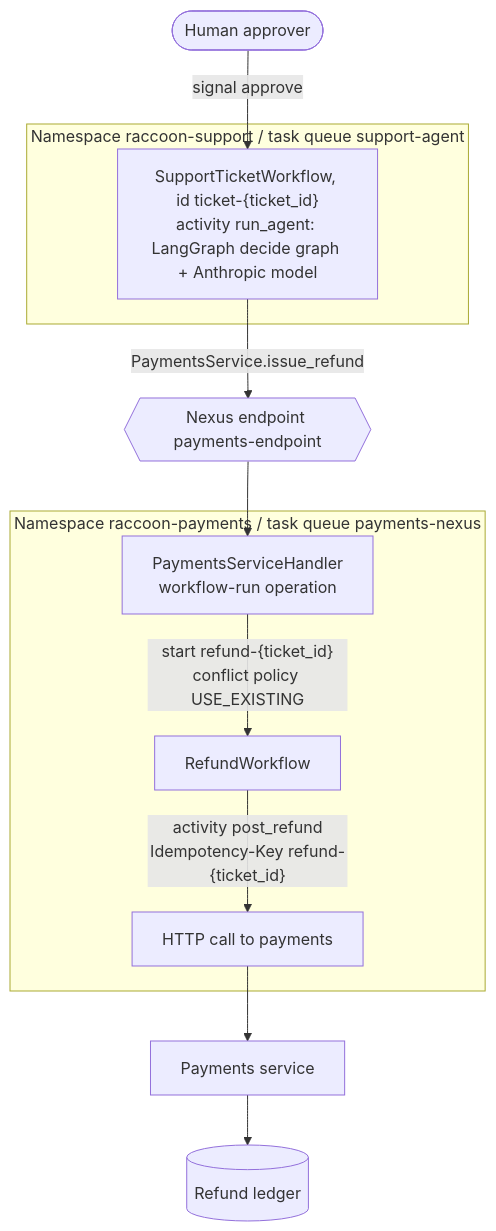
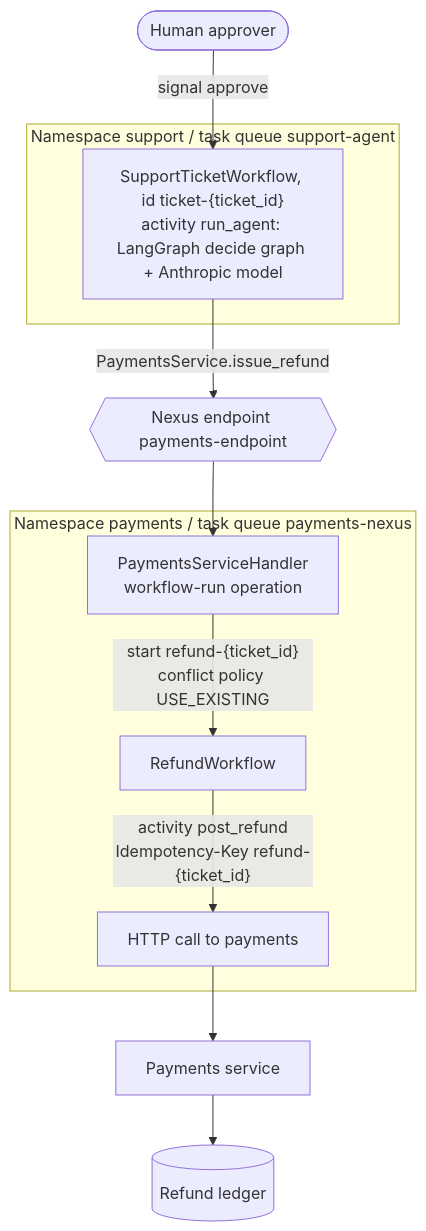
One commit to agileresearchservices/paid-once changed the second of 5 diagrams in docs/architecture.md. Above: the diagram before and after it, drawn with Mermaid. The commit also changed other lines of this file and 7 other files, not shown here.

First line of the commit message:
Scenes finish when every ticket has landed; namespaces renamed to support and payments (#12)

````diff
--- a/docs/architecture.md
+++ b/docs/architecture.md
@@ -37,14 +37,14 @@
 ```mermaid
 flowchart TB
     Approver([Human approver]) -->|"signal approve"| SupportWF
-    subgraph SupportNS["Namespace raccoon-support / task queue support-agent"]
+    subgraph SupportNS["Namespace support / task queue support-agent"]
         SupportWF["SupportTicketWorkflow, id ticket-{ticket_id}<br/>activity run_agent: LangGraph decide graph + Anthropic model"]
     end
     SupportWF -->|"PaymentsService.issue_refund"| Endpoint{{"Nexus endpoint payments-endpoint"}}
     Endpoint --> Handler
-    subgraph PaymentsNS["Namespace raccoon-payments / task queue payments-nexus"]
+    subgraph PaymentsNS["Namespace payments / task queue payments-nexus"]
         Handler["PaymentsServiceHandler<br/>workflow-run operation"] -->|"start refund-{ticket_id}<br/>conflict policy USE_EXISTING"| RefundWF["RefundWorkflow"]
         RefundWF -->|"activity post_refund<br/>Idempotency-Key refund-{ticket_id}"| Post["HTTP call to payments"]
     end
     Post --> Payments[Payments service] --> Ledger[(Refund ledger)]
 ```
````
